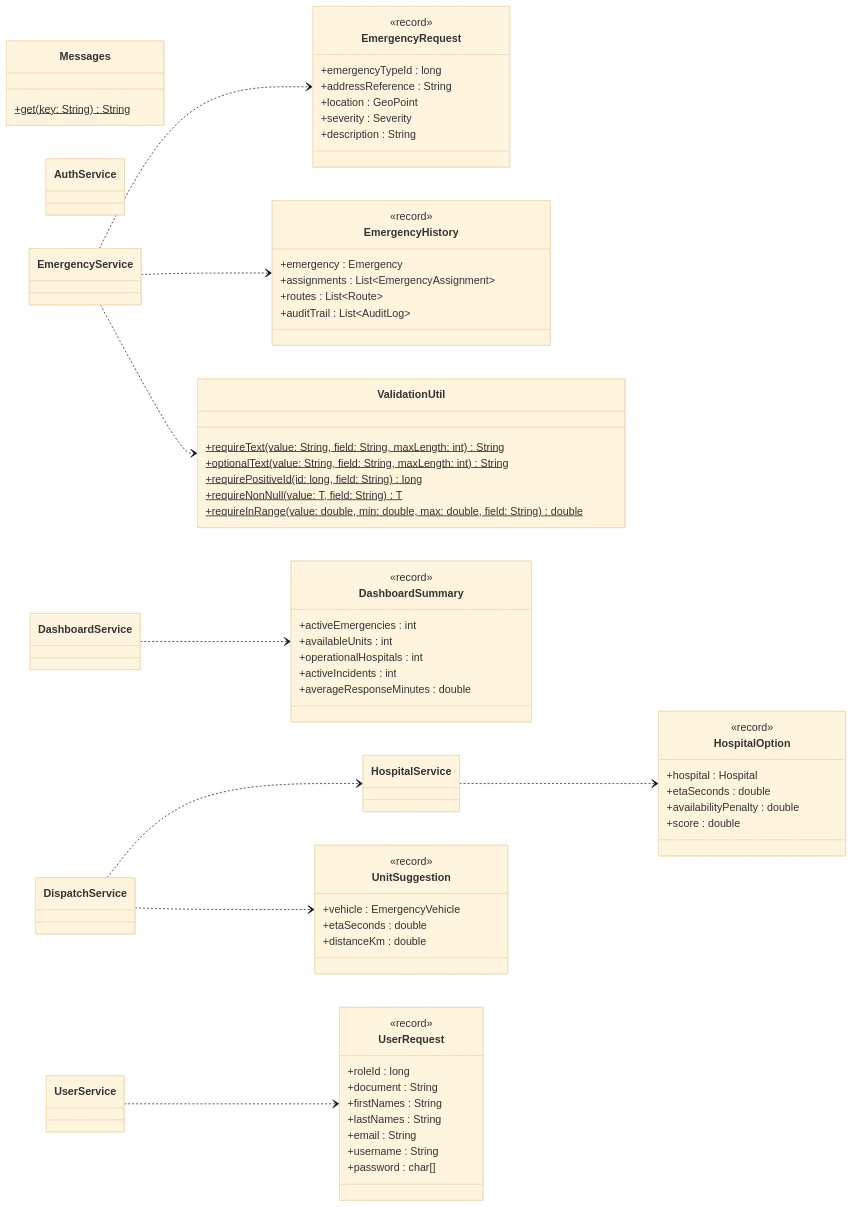
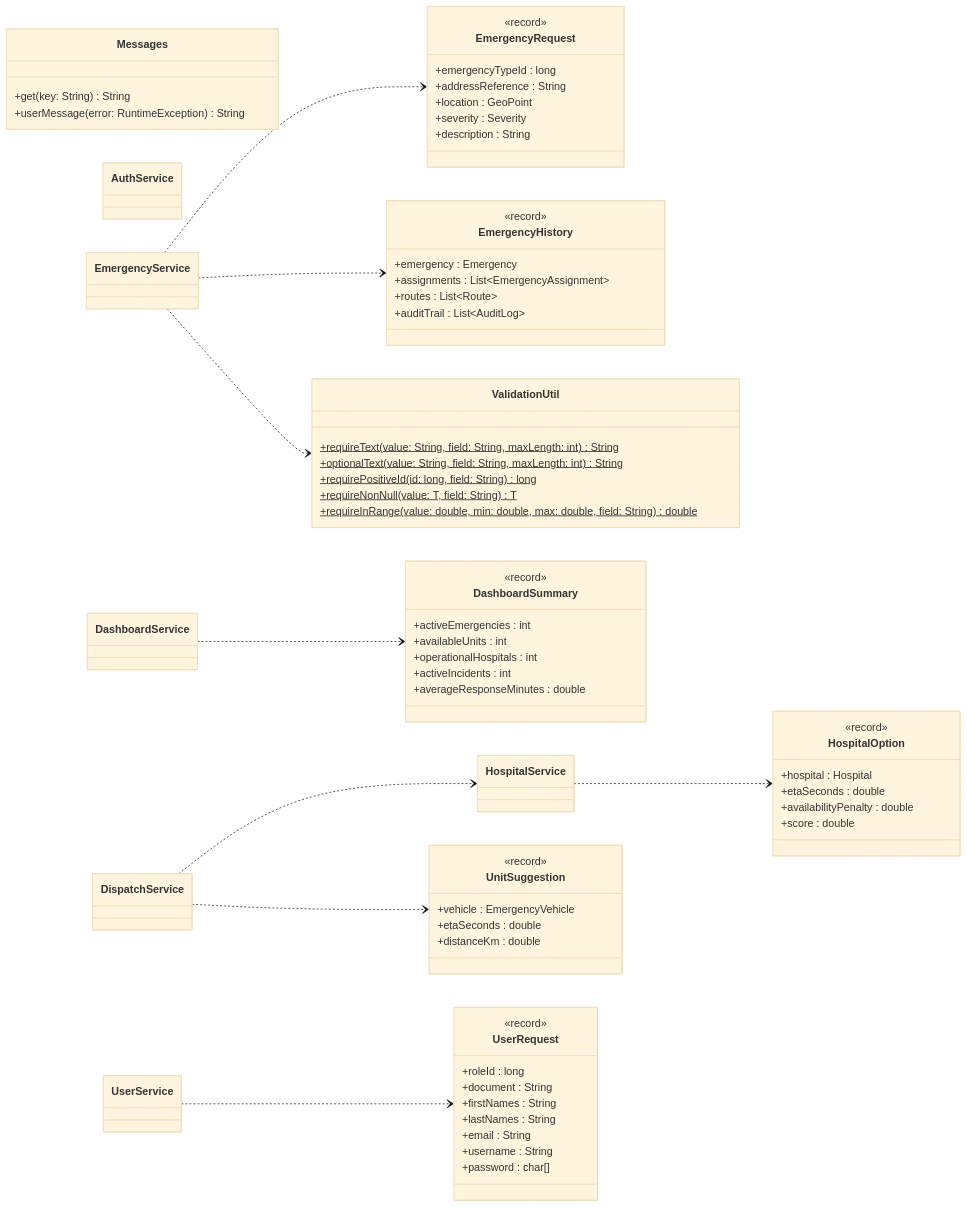
One commit to afzabaleta/RutaVida changed diagram 16 of 22 in docs/class-diagram.md. Above: the diagram before and after it, drawn with Mermaid (base theme). The commit also changed other lines of this file, not shown here.

Commit message:
docs: sync-login-controller-diagram

```diff
--- a/docs/class-diagram.md
+++ b/docs/class-diagram.md
@@ -1184,9 +1184,11 @@
     +requireInRange(value: double, min: double, max: double, field: String) double$
 }
 
-    class Messages {
-        +get(key: String) String$
-    }
+
+class Messages {
+    +get(key: String) String
+    +userMessage(error: RuntimeException) String
+}
     class AuthService
     class UserService
     class EmergencyService
```
